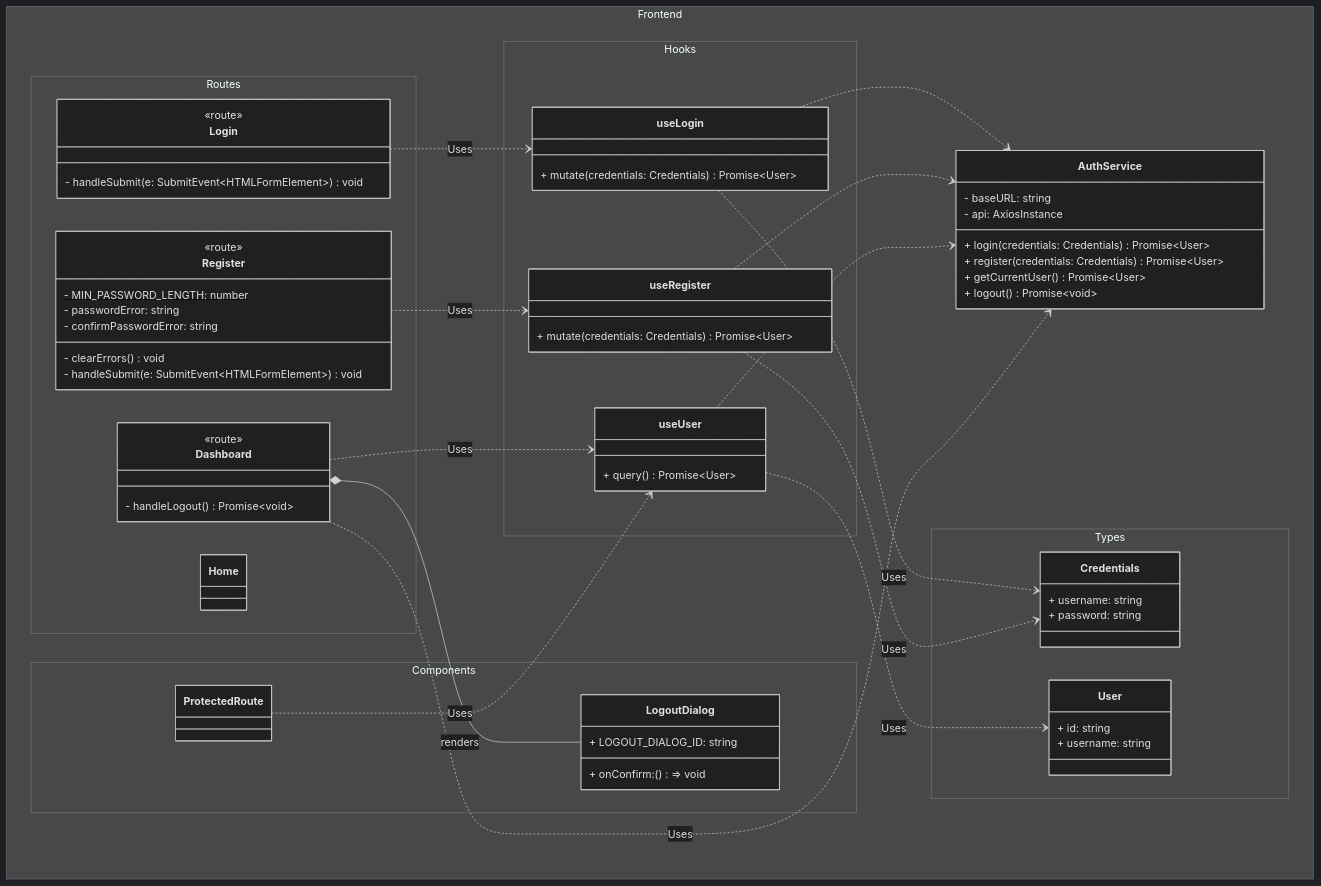
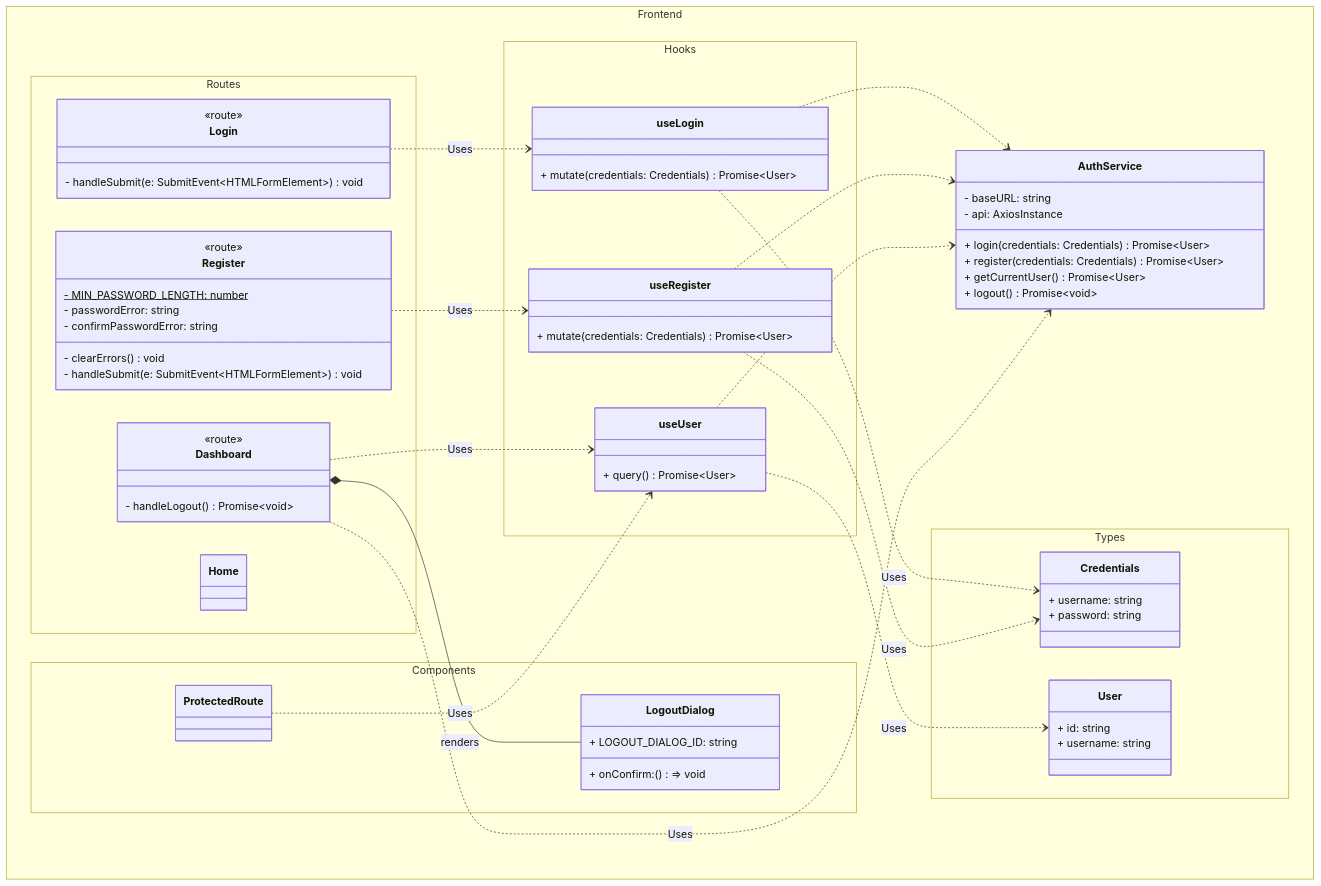
The diagram in README.md (jannikwk/login-token-authentication), drawn with Mermaid before and after one commit.

Commit message:
Remove dark theme initialization from class diagram
Removed theme initialization from class diagram.

````diff
--- a/README.md
+++ b/README.md
@@ -15,5 +15,4 @@
 ```mermaid
-%%{init: {'theme': 'dark'}}%%
 classDiagram-v2
     direction TB
 
````
